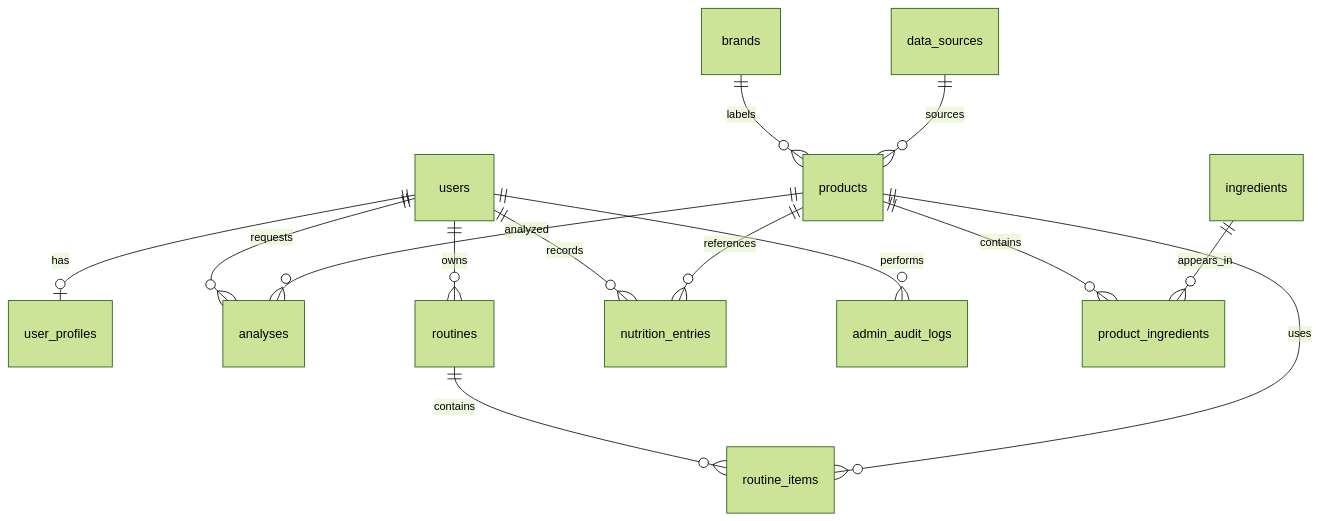
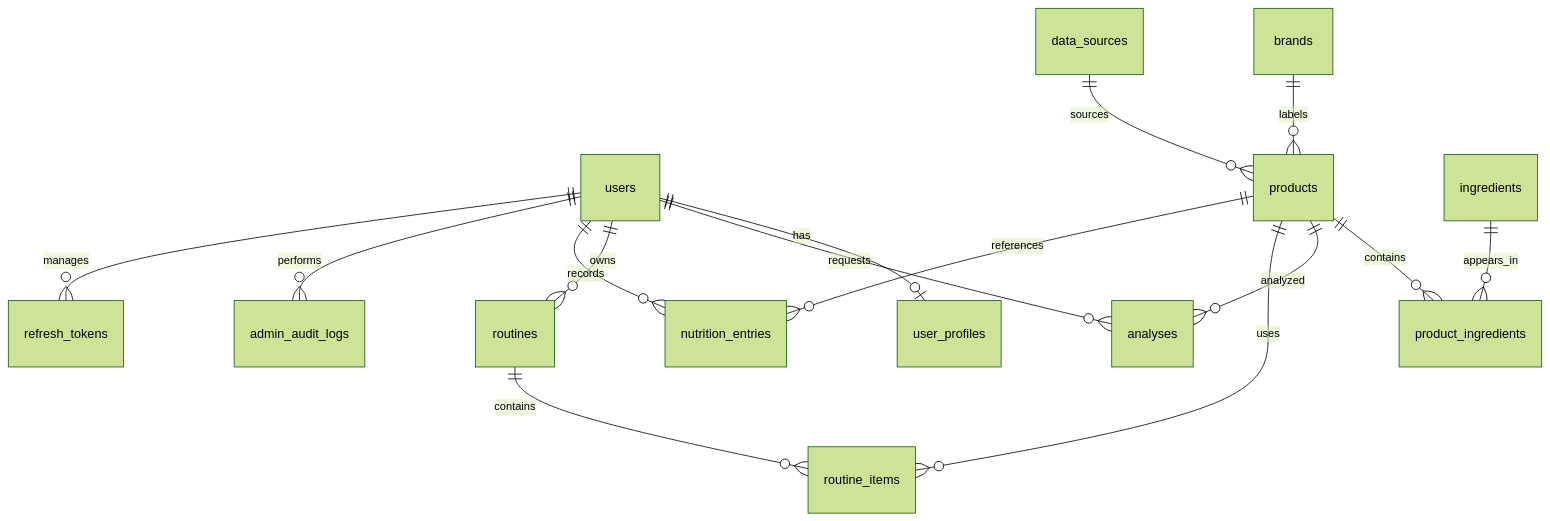
One commit to Hashirattari11/Tevrox changed the diagram in docs/database/schema.md. Above: the diagram before and after it, drawn with Mermaid (forest theme). The commit also changed 101 other files, not shown here.

````diff
--- a/docs/database/schema.md
+++ b/docs/database/schema.md
@@ -5,16 +5,17 @@
 ```mermaid
 erDiagram
   users ||--o| user_profiles : has
   users ||--o{ analyses : requests
   users ||--o{ routines : owns
   users ||--o{ nutrition_entries : records
   users ||--o{ admin_audit_logs : performs
+  users ||--o{ refresh_tokens : manages
   brands ||--o{ products : labels
   data_sources ||--o{ products : sources
   products ||--o{ product_ingredients : contains
   ingredients ||--o{ product_ingredients : appears_in
   products ||--o{ analyses : analyzed
   routines ||--o{ routine_items : contains
   products ||--o{ routine_items : uses
   products ||--o{ nutrition_entries : references
 ```
````
